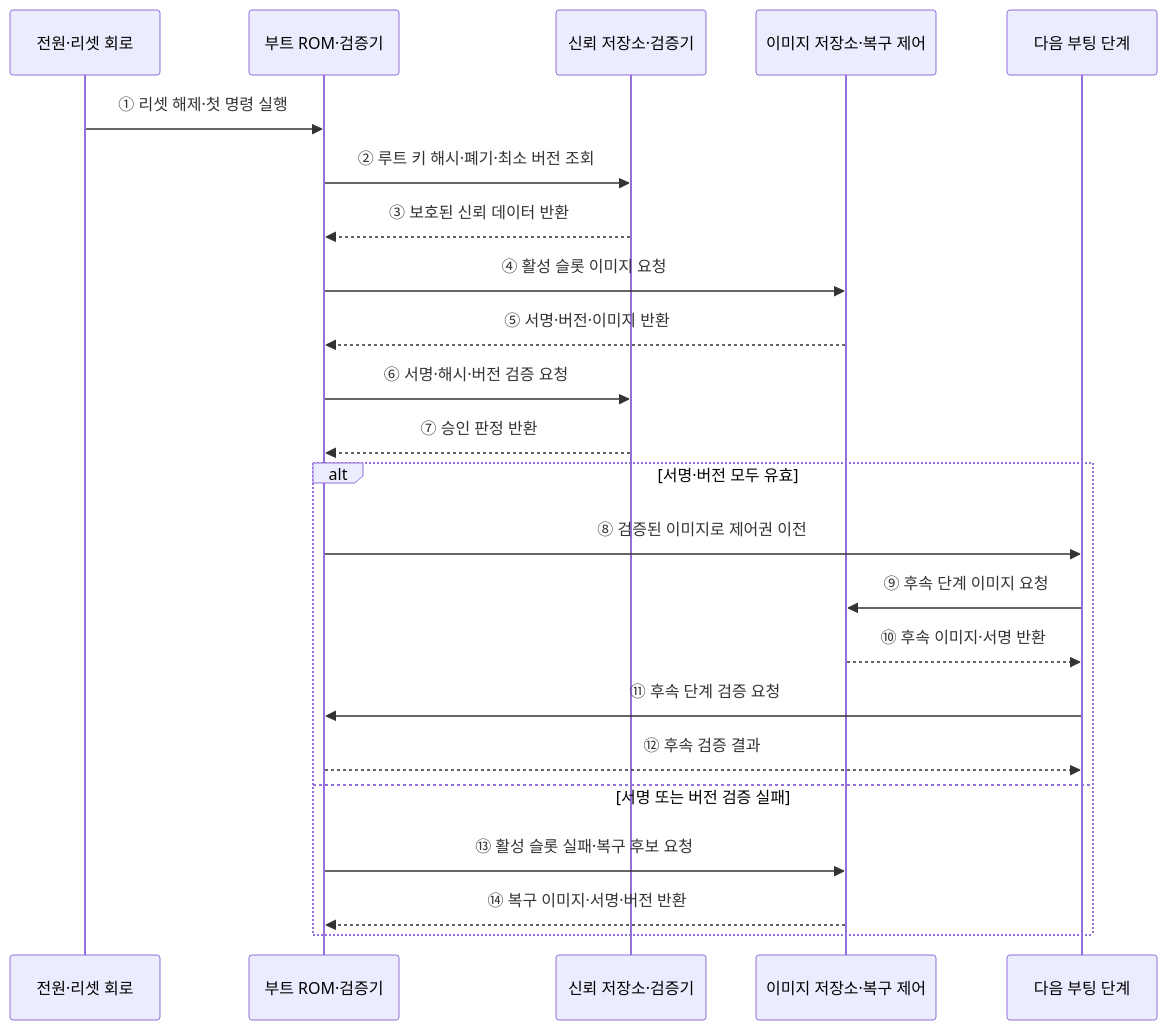
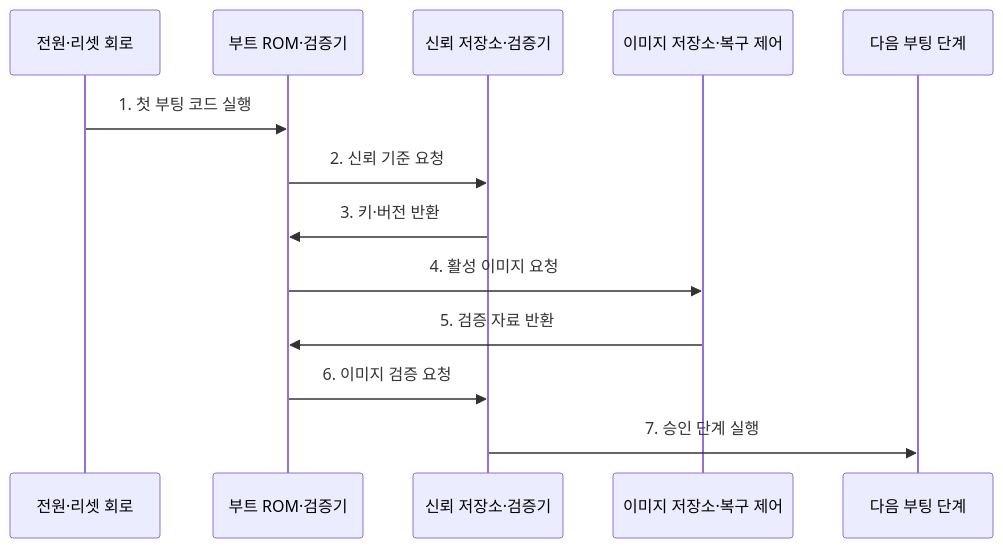
Before and after one commit to agnusdei1207/knowledge-base: the second of 2 diagrams in src/content/docs/notes/02-hardware/068_secure_boot.md, drawn with Mermaid. The commit also changed other lines of this file and 20 other files, not shown here.

````diff
--- a/src/content/docs/notes/02-hardware/068_secure_boot.md
+++ b/src/content/docs/notes/02-hardware/068_secure_boot.md
@@ -81,26 +82,16 @@
 ```mermaid
 sequenceDiagram
     participant P as 전원·리셋 회로
     participant B as 부트 ROM·검증기
     participant T as 신뢰 저장소·검증기
     participant S as 이미지 저장소·복구 제어
     participant N as 다음 부팅 단계
 
-    P->>B: ① 리셋 해제·첫 명령 실행
-    B->>T: ② 루트 키 해시·폐기·최소 버전 조회
-    T-->>B: ③ 보호된 신뢰 데이터 반환
-    B->>S: ④ 활성 슬롯 이미지 요청
-    S-->>B: ⑤ 서명·버전·이미지 반환
-    B->>T: ⑥ 서명·해시·버전 검증 요청
-    T-->>B: ⑦ 승인 판정 반환
-    alt 서명·버전 모두 유효
-        B->>N: ⑧ 검증된 이미지로 제어권 이전
-        N->>S: ⑨ 후속 단계 이미지 요청
-        S-->>N: ⑩ 후속 이미지·서명 반환
-        N->>B: ⑪ 후속 단계 검증 요청
-        B-->>N: ⑫ 후속 검증 결과
-    else 서명 또는 버전 검증 실패
-        B->>S: ⑬ 활성 슬롯 실패·복구 후보 요청
-        S-->>B: ⑭ 복구 이미지·서명·버전 반환
-    end
+    P->>B: 1. 첫 부팅 코드 실행
+    B->>T: 2. 신뢰 기준 요청
+    T->>B: 3. 키·버전 반환
+    B->>S: 4. 활성 이미지 요청
+    S->>B: 5. 검증 자료 반환
+    B->>T: 6. 이미지 검증 요청
+    T->>N: 7. 승인 단계 실행
 ```
````
